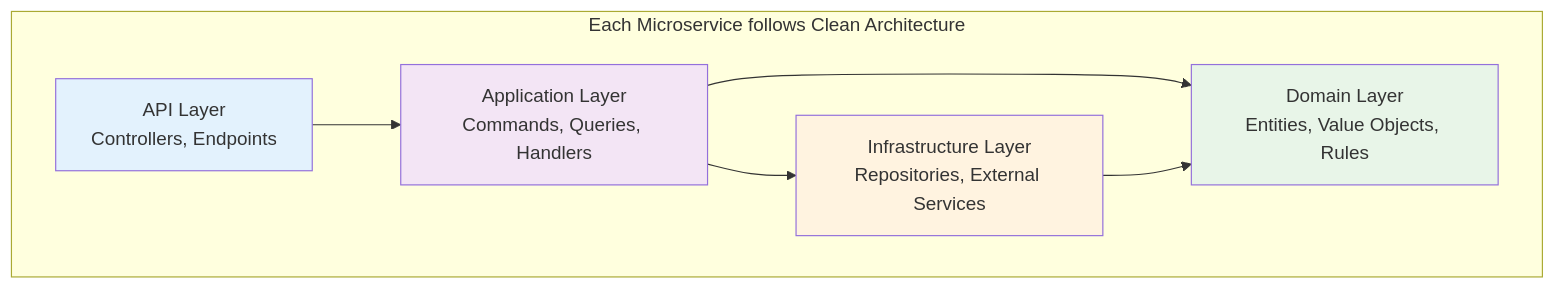
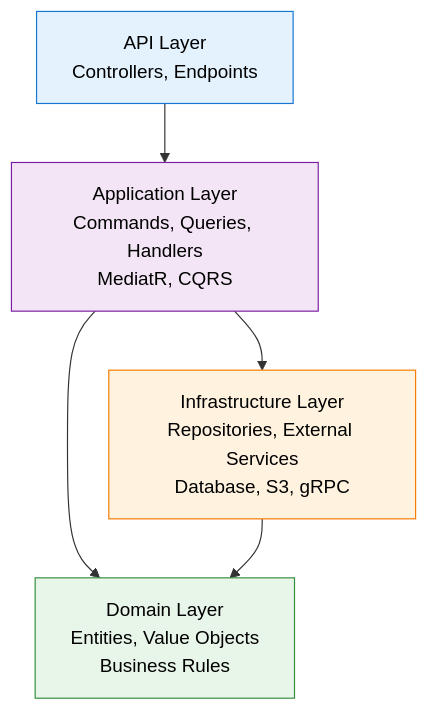
The fourth of 4 diagrams in README.md (vahidForughi/my-agent-team), drawn with Mermaid before and after one commit. The commit also changed other lines of this file, not shown here.

````diff
--- a/README.md
+++ b/README.md
@@ -84,24 +218,22 @@
 ```mermaid
 graph TD
-    subgraph "Each Microservice follows Clean Architecture"
-        API[API Layer<br/>Controllers, Endpoints]
-        App[Application Layer<br/>Commands, Queries, Handlers]
-        Domain[Domain Layer<br/>Entities, Value Objects, Rules]
-        Infra[Infrastructure Layer<br/>Repositories, External Services]
-    end
-    
+    API["API Layer<br/>Controllers, Endpoints"]
+    App["Application Layer<br/>Commands, Queries, Handlers<br/>MediatR, CQRS"]
+    Domain["Domain Layer<br/>Entities, Value Objects<br/>Business Rules"]
+    Infra["Infrastructure Layer<br/>Repositories, External Services<br/>Database, S3, gRPC"]
+
     API --> App
     App --> Domain
     App --> Infra
     Infra --> Domain
-    
-    classDef apiStyle fill:#e3f2fd
-    classDef appStyle fill:#f3e5f5  
-    classDef domainStyle fill:#e8f5e8
-    classDef infraStyle fill:#fff3e0
-    
-    class API apiStyle
-    class App appStyle
-    class Domain domainStyle
-    class Infra infraStyle
+
+    classDef api fill:#e3f2fd,stroke:#1976d2,color:#000
+    classDef app fill:#f3e5f5,stroke:#7b1fa2,color:#000
+    classDef domain fill:#e8f5e9,stroke:#388e3c,color:#000
+    classDef infra fill:#fff3e0,stroke:#f57c00,color:#000
+
+    class API api
+    class App app
+    class Domain domain
+    class Infra infra
 ```
````
